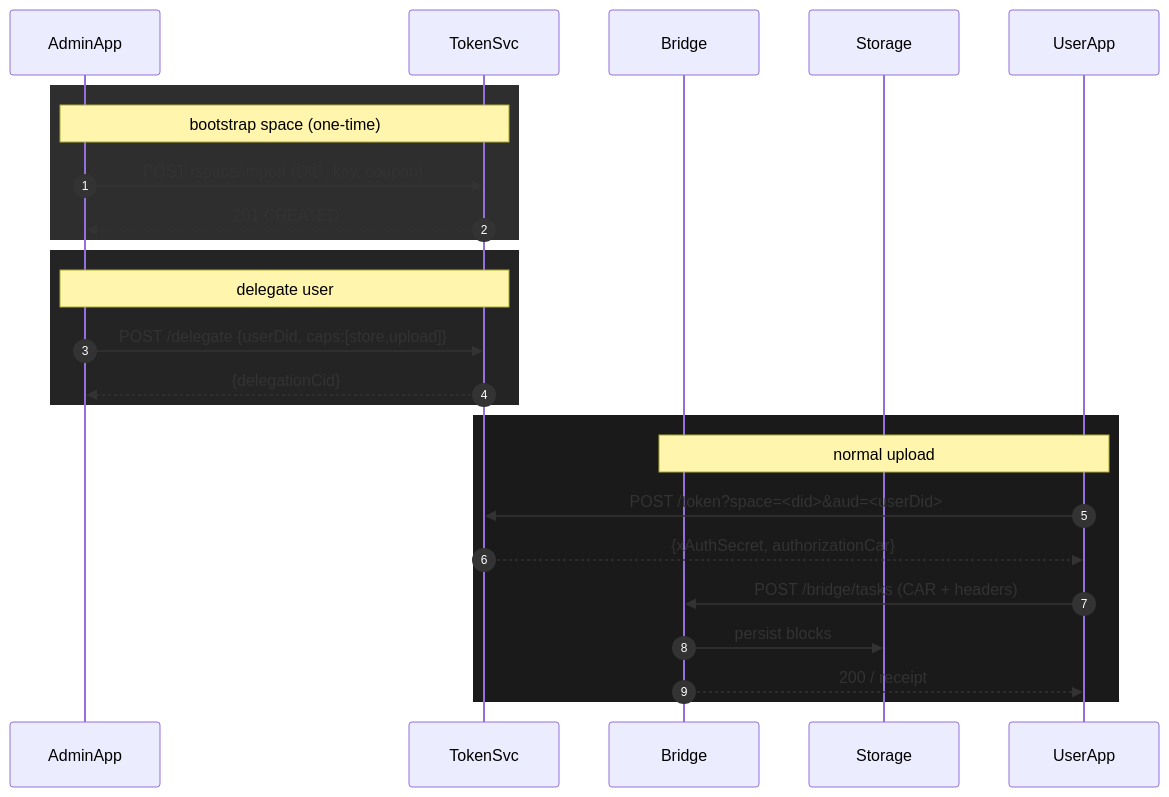
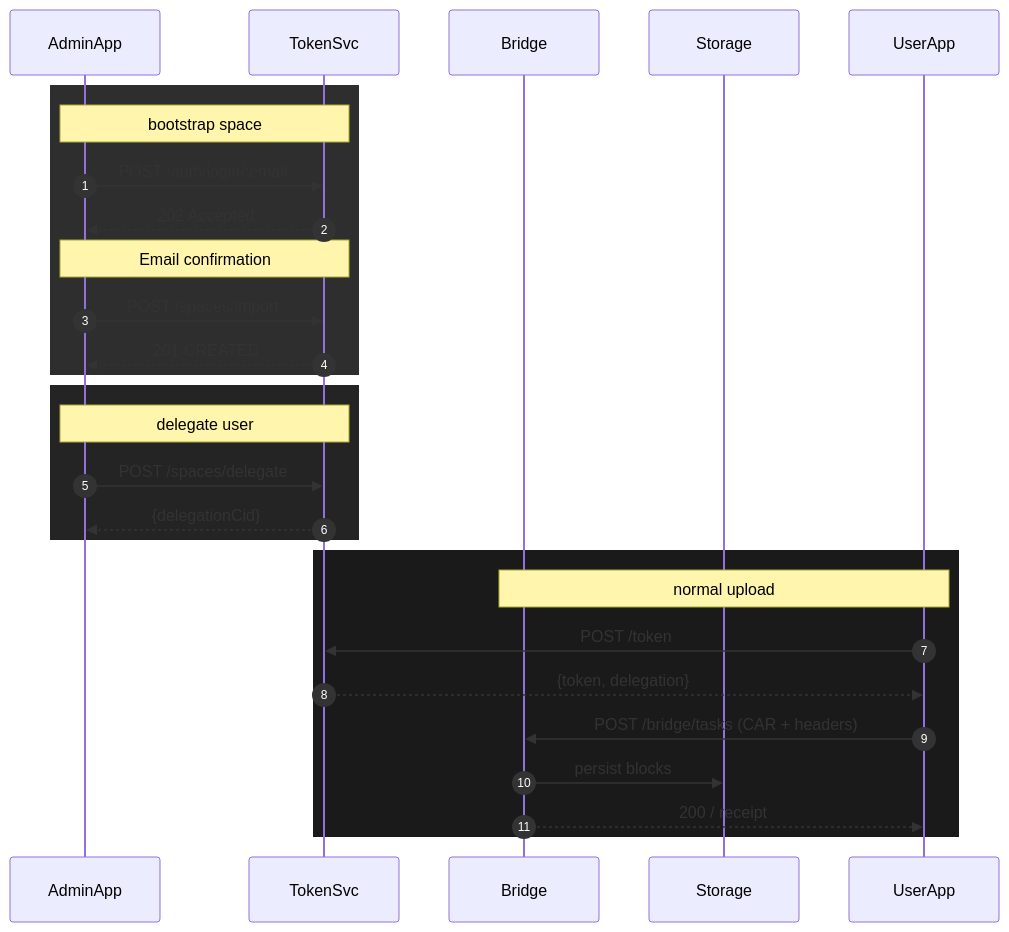
Before and after one commit to hyphacoop/save-storacha: the second of 2 diagrams in README.md, drawn with Mermaid. The commit also changed other lines of this file, not shown here.

````diff
--- a/README.md
+++ b/README.md
@@ -41,30 +118,33 @@
 ```mermaid
 sequenceDiagram
     autonumber
     participant AdminApp
     participant TokenSvc
     participant Bridge
     participant Storage
     participant UserApp
 
     rect rgb(46,46,46)
-        note over AdminApp,TokenSvc: bootstrap space (one-time)
-        AdminApp->>TokenSvc: POST /space/import (DID, key, coupon)
+        note over AdminApp,TokenSvc: bootstrap space
+        AdminApp->>TokenSvc: POST /auth/login/:email
+        TokenSvc-->>AdminApp: 202 Accepted
+        Note over AdminApp,TokenSvc: Email confirmation
+        AdminApp->>TokenSvc: POST /spaces/import
         TokenSvc-->>AdminApp: 201 CREATED
     end
 
     rect rgb(36,36,36)
         note over AdminApp,TokenSvc: delegate user
-        AdminApp->>TokenSvc: POST /delegate {userDid, caps:[store,upload]}
+        AdminApp->>TokenSvc: POST /spaces/delegate
         TokenSvc-->>AdminApp: {delegationCid}
     end
 
     rect rgb(26,26,26)
         note over UserApp,Bridge: normal upload
-        UserApp ->> TokenSvc: POST /token?space=<did>&aud=<userDid>
-        TokenSvc-->>UserApp: {xAuthSecret, authorizationCar}
+        UserApp ->> TokenSvc: POST /token
+        TokenSvc-->>UserApp: {token, delegation}
         UserApp ->> Bridge: POST /bridge/tasks (CAR + headers)
         Bridge  ->> Storage: persist blocks
         Bridge  -->> UserApp: 200 / receipt
     end
 ```
````
